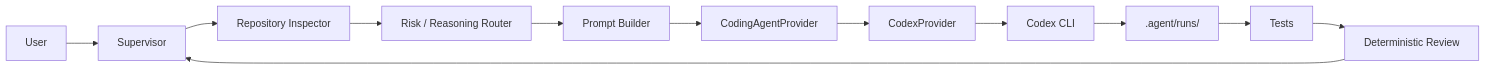
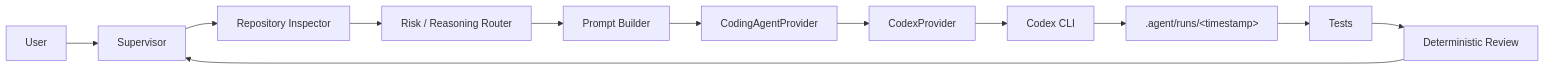
One commit to egeyasar0/auto-dev-orchestrator changed the first of 2 diagrams in docs/architecture.md. Above: the diagram before and after it, drawn with Mermaid. The commit also changed 1 other file, not shown here.

Commit message:
Polish GitHub README links and rendering

````diff
--- a/docs/architecture.md
+++ b/docs/architecture.md
@@ -5,14 +5,14 @@
 ```mermaid
 flowchart LR
-  User[User] --> Supervisor[Supervisor]
-  Supervisor --> Inspector[Repository Inspector]
-  Inspector --> Router[Risk / Reasoning Router]
-  Router --> Prompt[Prompt Builder]
-  Prompt --> Interface[CodingAgentProvider]
-  Interface --> CodexProvider[CodexProvider]
-  CodexProvider --> CodexCLI[Codex CLI]
-  CodexCLI --> Artifacts[.agent/runs/<timestamp>]
-  Artifacts --> Tests[Tests]
-  Tests --> Review[Deterministic Review]
+  User["User"] --> Supervisor["Supervisor"]
+  Supervisor --> Inspector["Repository Inspector"]
+  Inspector --> Router["Risk / Reasoning Router"]
+  Router --> Prompt["Prompt Builder"]
+  Prompt --> Interface["CodingAgentProvider"]
+  Interface --> CodexProvider["CodexProvider"]
+  CodexProvider --> CodexCLI["Codex CLI"]
+  CodexCLI --> Artifacts[".agent/runs/&lt;timestamp&gt;"]
+  Artifacts --> Tests["Tests"]
+  Tests --> Review["Deterministic Review"]
   Review --> Supervisor
 ```
````
